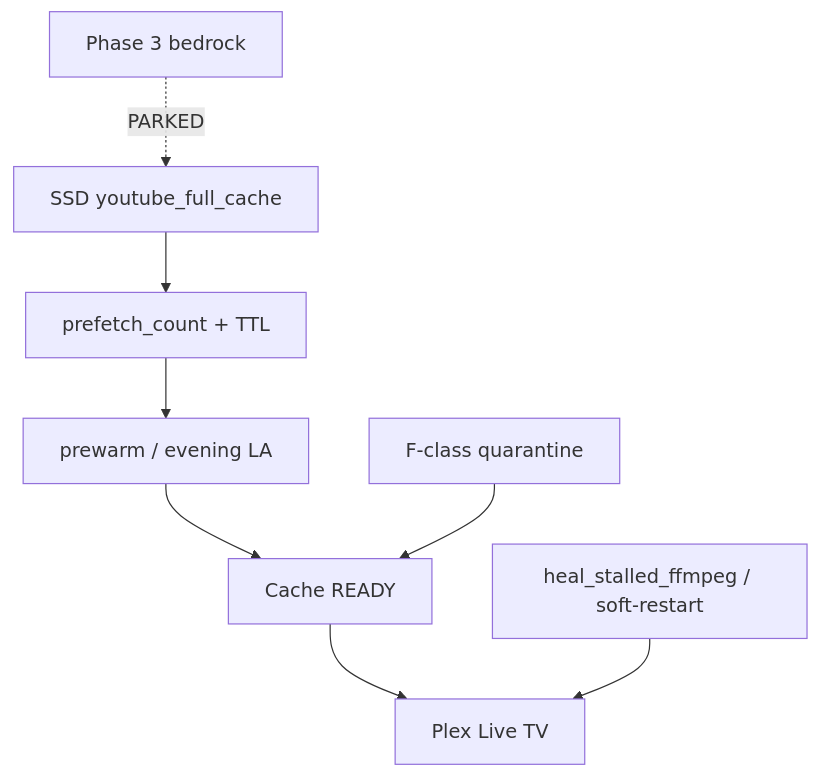
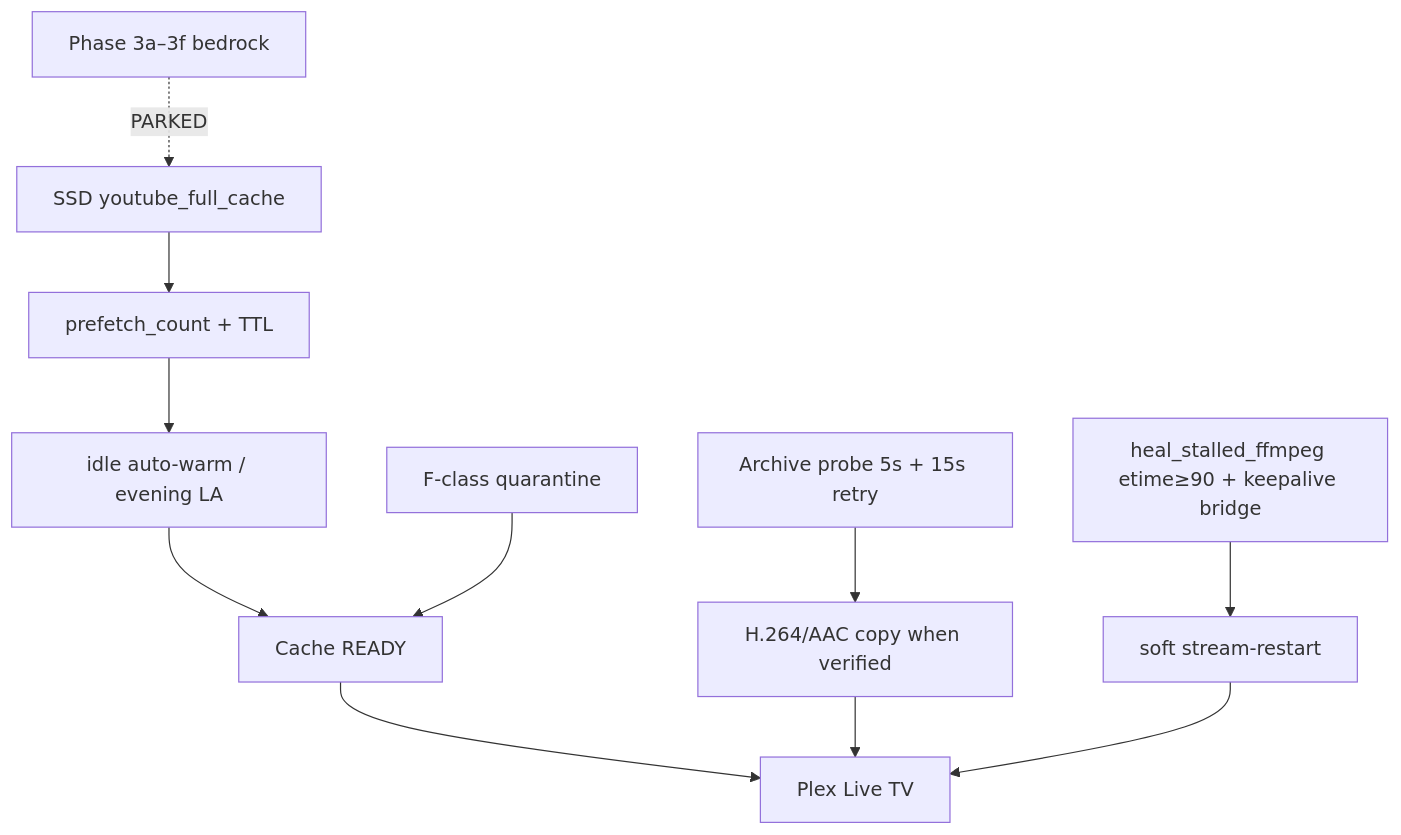
The first of 2 diagrams in docs/wiki/Streaming-Resilience-Ops.md (roto31/StreamTV), drawn with Mermaid before and after one commit. The commit also changed other lines of this file and 8 other files, not shown here.

````diff
--- a/docs/wiki/Streaming-Resilience-Ops.md
+++ b/docs/wiki/Streaming-Resilience-Ops.md
@@ -7,10 +11,13 @@
 ```mermaid
 flowchart TD
   SSD["SSD youtube_full_cache"] --> Prefetch["prefetch_count + TTL"]
-  Prefetch --> Prewarm["prewarm / evening LA"]
-  Prewarm --> Ready["Cache READY"]
+  Prefetch --> AutoWarm["idle auto-warm / evening LA"]
+  AutoWarm --> Ready["Cache READY"]
   Ready --> Plex["Plex Live TV"]
   Dead["F-class quarantine"] --> Ready
-  Stall["heal_stalled_ffmpeg / soft-restart"] --> Plex
-  P3["Phase 3 bedrock"] -.->|"PARKED"| SSD
+  Probe["Archive probe 5s + 15s retry"] --> Copy["H.264/AAC copy when verified"]
+  Copy --> Plex
+  Stall["heal_stalled_ffmpeg etime≥90 + keepalive bridge"] --> Soft["soft stream-restart"]
+  Soft --> Plex
+  P3["Phase 3a–3f bedrock"] -.->|"PARKED"| SSD
 ```
````
